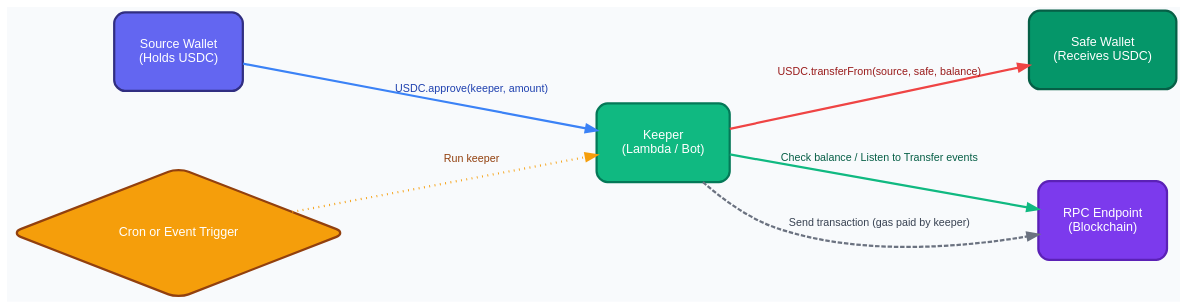
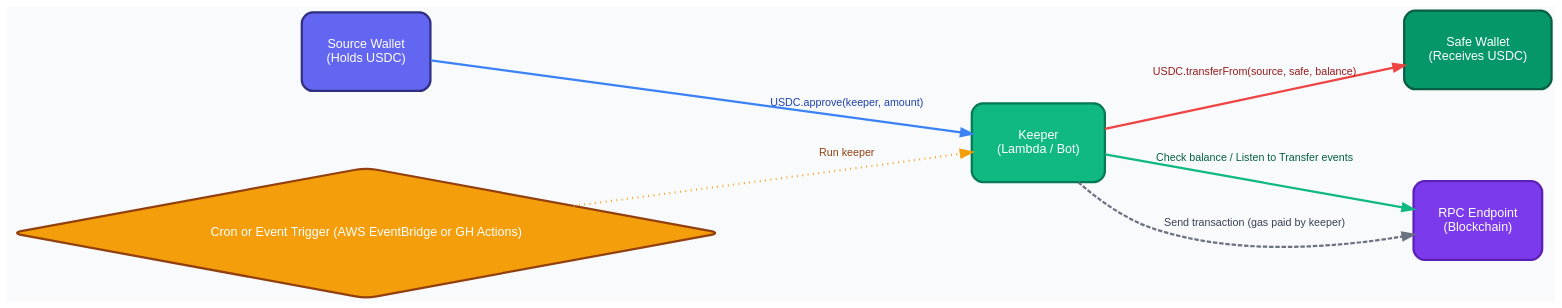
The diagram in graphviz/flowchart-manual-approach.dot (mcmoodoo/my-animation-collection), drawn with Graphviz before and after one commit. The commit also changed 3 other files, not shown here.

Commit message:
Flowchart animation added

```diff
--- a/graphviz/flowchart-manual-approach.dot
+++ b/graphviz/flowchart-manual-approach.dot
@@ -1,109 +1,109 @@
 digraph USDC_Sweeper {
     rankdir=LR;
     bgcolor="#F8FAFC";
     fontname="Arial";
     fontsize=14;
     splines=spline;
     nodesep=1.2;
     ranksep=1.5;
     
     // Node styling
     node [
         shape=box,
         style="rounded,filled",
         fontname="Arial",
         fontsize=14,
         penwidth=2.5,
         margin=0.4,
         height=0.6
     ];
     
     // Edge styling
     edge [
         fontname="Arial",
         fontsize=12,
         penwidth=2.5,
         arrowsize=1.2
     ];
 
     // Source Wallet - Indigo colors
     SourceWallet [
         label="Source Wallet\n(Holds USDC)",
         fillcolor="#6366F1",
         color="#312E81",
         fontcolor=white
     ];
     
     // Keeper - Green colors
     Keeper [
         label="Keeper\n(Lambda / Bot)",
         fillcolor="#10B981",
         color="#047857",
         fontcolor=white
     ];
     
     // Safe Wallet - Darker green
     SafeWallet [
         label="Safe Wallet\n(Receives USDC)",
         fillcolor="#059669",
         color="#065F46",
         fontcolor=white
     ];
     
     // RPC Endpoint - Purple
     RPC [
         label="RPC Endpoint\n(Blockchain)",
         fillcolor="#7C3AED",
         color="#5B21B6",
         fontcolor=white
     ];
     
     // Event Trigger - Amber/Orange
     Event [
-        label="Cron or Event Trigger",
+        label="Cron or Event Trigger (AWS EventBridge or GH Actions)",
         shape=diamond,
         fillcolor="#F59E0B",
         color="#92400E",
         fontcolor=white,
         style="rounded,filled"
     ];
 
     // Actions with styled edges
     SourceWallet -> Keeper [
         label="USDC.approve(keeper, amount)",
         color="#3B82F6",
         fontcolor="#1E40AF",
         penwidth=2.5
     ];
     
     Keeper -> RPC [
         label="Check balance / Listen to Transfer events",
         color="#10B981",
         fontcolor="#065F46",
         penwidth=2.5
     ];
     
     Keeper -> SafeWallet [
         label="USDC.transferFrom(source, safe, balance)",
         color="#EF4444",
         fontcolor="#991B1B",
         penwidth=2.5
     ];
     
     Keeper -> RPC [
         label="Send transaction (gas paid by keeper)",
         style=dashed,
         color="#6B7280",
         fontcolor="#374151",
         penwidth=2.5
     ];
 
     // Event trigger
     Event -> Keeper [
         label="Run keeper",
         style=dotted,
         color="#F59E0B",
         fontcolor="#92400E",
         penwidth=2.5
     ];
 }
```
